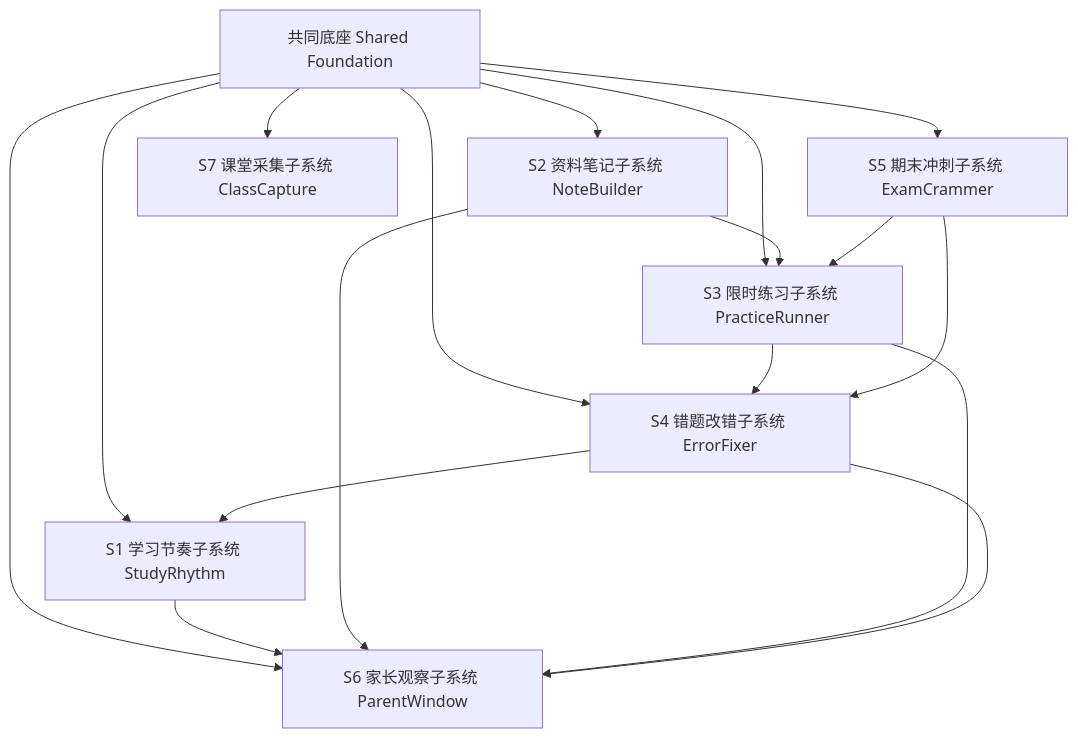
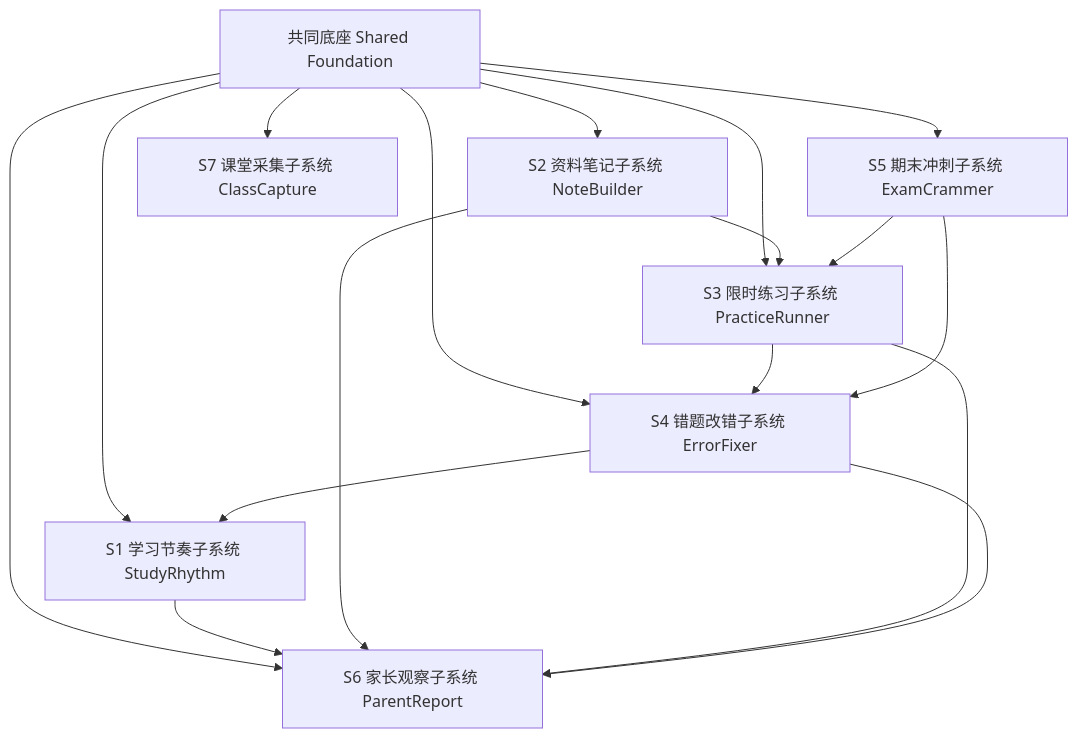
The first of 4 diagrams in docs/01-总PRD-产品需求-Product-Requirements.md (everything-is-simple/ai-studybuddy), drawn with Mermaid before and after one commit. The commit also changed other lines of this file and 46 other files, not shown here.

````diff
--- a/docs/01-总PRD-产品需求-Product-Requirements.md
+++ b/docs/01-总PRD-产品需求-Product-Requirements.md
@@ -46,20 +46,20 @@
 ```mermaid
 flowchart TD
   Base["共同底座 Shared Foundation"] --> S1["S1 学习节奏子系统 StudyRhythm"]
   Base --> S2["S2 资料笔记子系统 NoteBuilder"]
   Base --> S3["S3 限时练习子系统 PracticeRunner"]
   Base --> S4["S4 错题改错子系统 ErrorFixer"]
   Base --> S5["S5 期末冲刺子系统 ExamCrammer"]
-  Base --> S6["S6 家长观察子系统 ParentWindow"]
+  Base --> S6["S6 家长观察子系统 ParentReport"]
   Base --> S7["S7 课堂采集子系统 ClassCapture"]
 
   S2 --> S3
   S3 --> S4
   S4 --> S1
   S5 --> S3
   S5 --> S4
   S1 --> S6
   S2 --> S6
   S3 --> S6
   S4 --> S6
 ```
````
